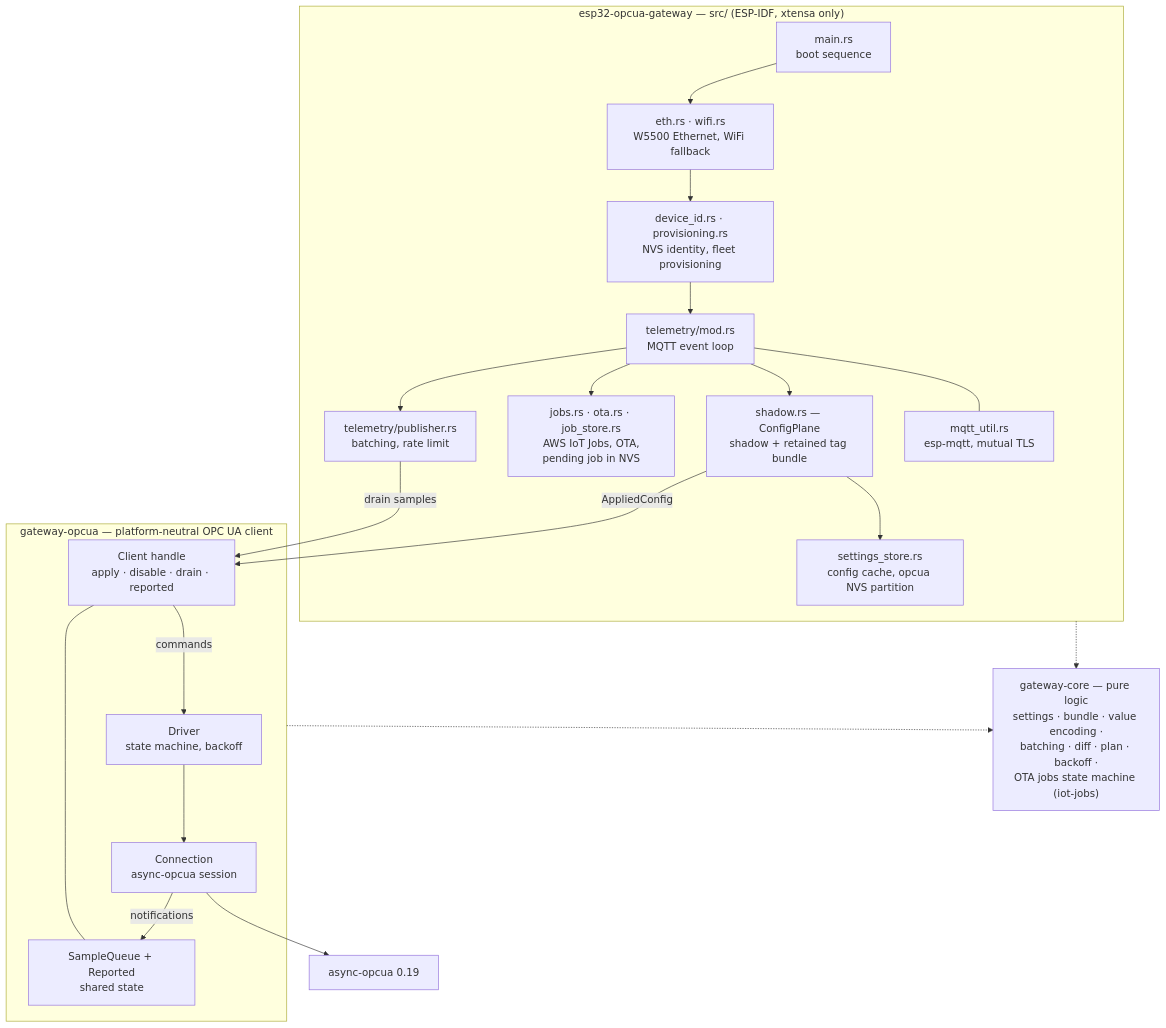
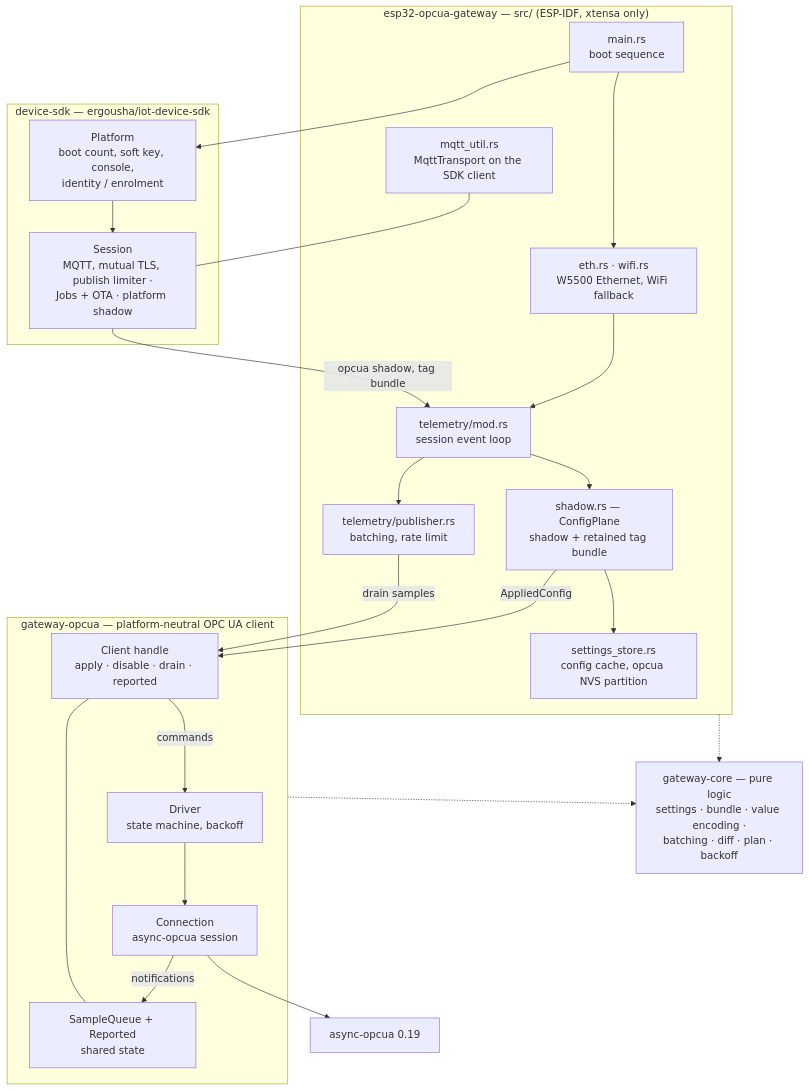
The second of 10 diagrams in README.md (ergousha/esp32-opcua-gateway-rust), drawn with Mermaid before and after one commit. The commit also changed other lines of this file and 37 other files, not shown here.

First line of the commit message:
feat: move the cloud link onto the platform device SDK; transitional WiFi move

````diff
--- a/README.md
+++ b/README.md
@@ -88,39 +98,44 @@
 ```mermaid
 flowchart TB
     subgraph firmware["esp32-opcua-gateway — src/ (ESP-IDF, xtensa only)"]
         boot["main.rs<br/>boot sequence"]
         net["eth.rs · wifi.rs<br/>W5500 Ethernet, WiFi fallback"]
-        ident["device_id.rs · provisioning.rs<br/>NVS identity, fleet provisioning"]
-        tloop["telemetry/mod.rs<br/>MQTT event loop"]
+        tloop["telemetry/mod.rs<br/>session event loop"]
         plane["shadow.rs — ConfigPlane<br/>shadow + retained tag bundle"]
         store["settings_store.rs<br/>config cache, opcua NVS partition"]
-        jobs["jobs.rs · ota.rs · job_store.rs<br/>AWS IoT Jobs, OTA,<br/>pending job in NVS"]
         publ["telemetry/publisher.rs<br/>batching, rate limit"]
-        mqtt["mqtt_util.rs<br/>esp-mqtt, mutual TLS"]
+        mqtt["mqtt_util.rs<br/>MqttTransport on the SDK client"]
+    end
+
+    subgraph sdk["device-sdk — ergousha/iot-device-sdk"]
+        platform["Platform<br/>boot count, soft key, console,<br/>identity / enrolment"]
+        session["Session<br/>MQTT, mutual TLS, publish limiter ·<br/>Jobs + OTA · platform shadow"]
     end
 
     subgraph client["gateway-opcua — platform-neutral OPC UA client"]
         handle["Client handle<br/>apply · disable · drain · reported"]
         driver["Driver<br/>state machine, backoff"]
         conn["Connection<br/>async-opcua session"]
         shared["SampleQueue + Reported<br/>shared state"]
     end
 
-    core["gateway-core — pure logic<br/>settings · bundle · value encoding ·<br/>batching · diff · plan · backoff ·<br/>OTA jobs state machine (iot-jobs)"]
+    core["gateway-core — pure logic<br/>settings · bundle · value encoding ·<br/>batching · diff · plan · backoff"]
     lib["async-opcua 0.19"]
 
-    boot --> net --> ident --> tloop
+    boot --> platform
+    boot --> net --> tloop
+    platform --> session
+    session -->|"opcua shadow, tag bundle"| tloop
     tloop --> plane
-    tloop --> jobs
     tloop --> publ
-    tloop --- mqtt
+    mqtt --- session
     plane --> store
     plane -->|"AppliedConfig"| handle
     publ -->|"drain samples"| handle
     handle -->|"commands"| driver
     driver --> conn --> lib
     conn -->|"notifications"| shared
     handle --- shared
     firmware -.-> core
     client -.-> core
 ```
````
